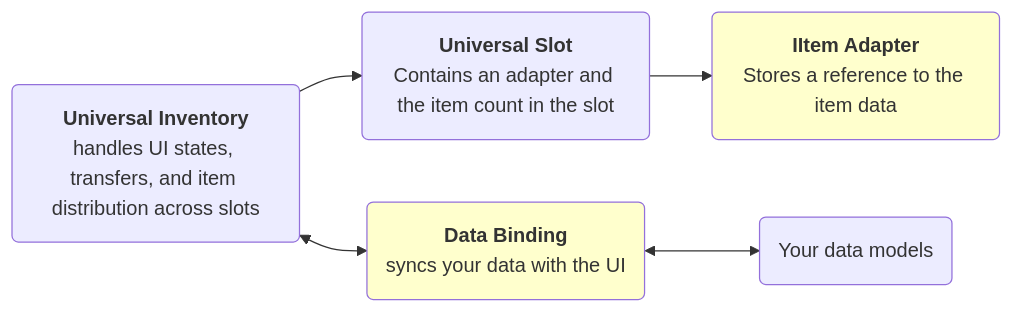
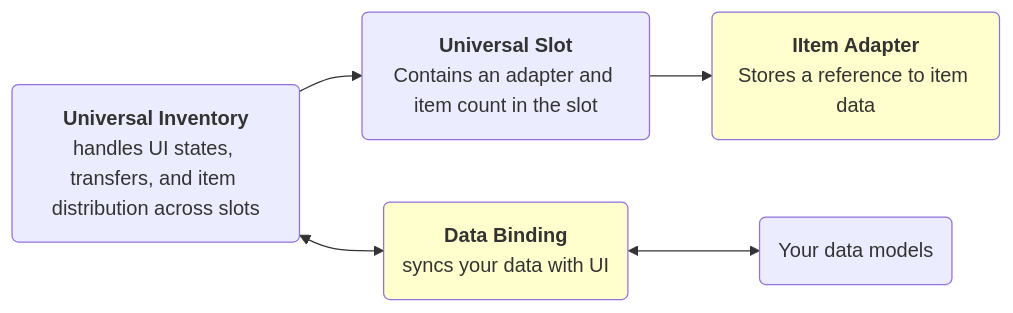
Before and after one commit to SergeevSergey99/DragAndDropSystem-Docs: the diagram in .docs/content/index.en.md, drawn with Mermaid. The commit also changed other lines of this file and 19 other files, not shown here.

````diff
--- a/.docs/content/index.en.md
+++ b/.docs/content/index.en.md
@@ -70,20 +78,19 @@
 ```mermaid
 flowchart LR
     Inventory@{ shape: rounded, label: "<b>Universal Inventory</b>\nhandles UI states, transfers, and item distribution across slots" }
     
-    Slot@{ shape: rounded, label: "<b>Universal Slot</b>\nContains an adapter and the item count in the slot" }
+    Slot@{ shape: rounded, label: "<b>Universal Slot</b>\nContains an adapter and item count in the slot" }
 
-    Adapter@{ shape: rounded, label: "<b>IItem Adapter</b>\nStores a reference to the item data" }
+    Adapter@{ shape: rounded, label: "<b>IItem Adapter</b>\nStores a reference to item data" }
     style Adapter fill:#FF44
 
-    Binding@{ shape: rounded, label: "<b>Data Binding</b><br/>syncs your data with the UI" }
+    Binding@{ shape: rounded, label: "<b>Data Binding</b><br/>syncs your data with UI" }
     style Binding fill:#FF44
 
     Data@{ shape: rounded, label: "Your data models" }
 
     Inventory --> Slot    
     Slot --> Adapter
     Binding <--> Data    
     Inventory <--> Binding
-
 ```
````
